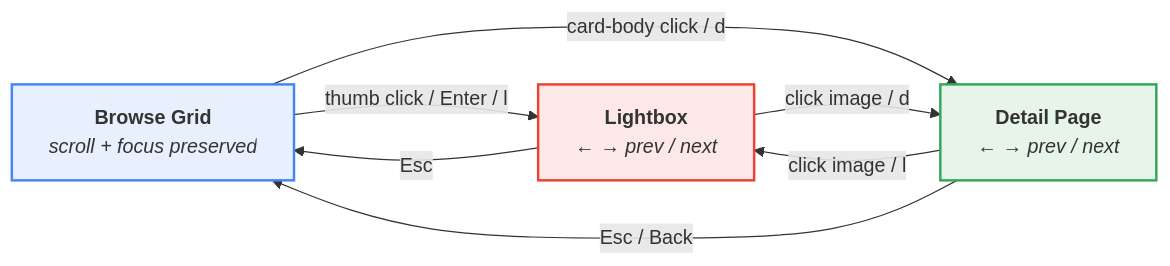
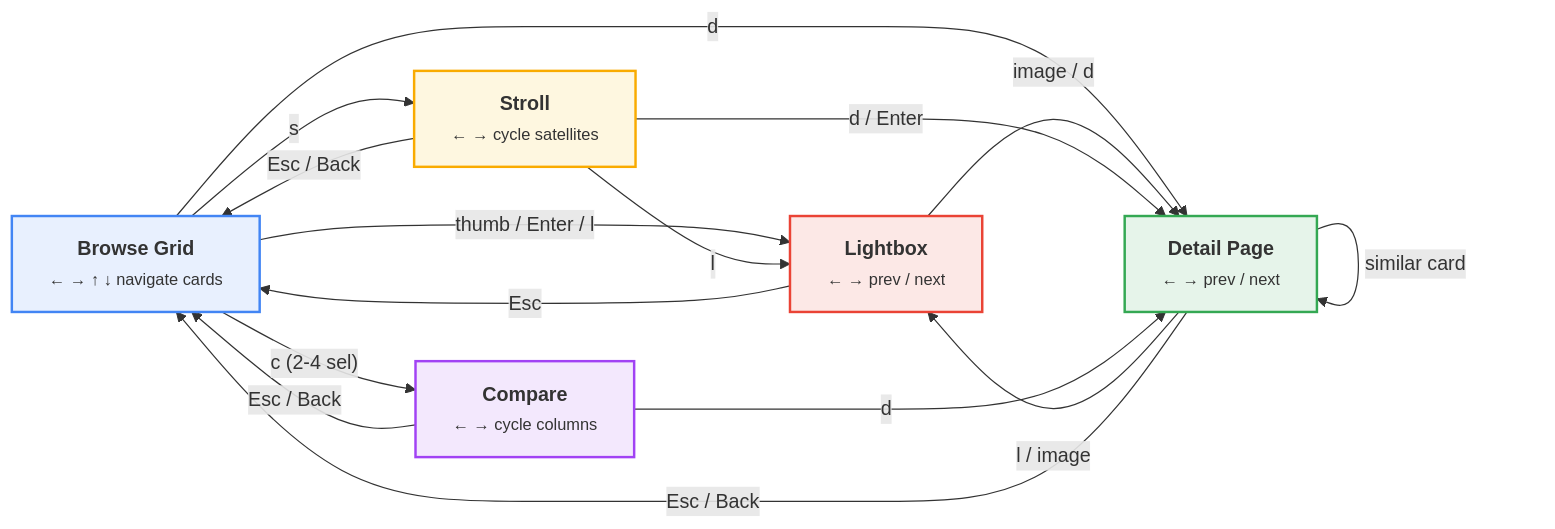
Before and after one commit to thoherr/simple-digital-asset-manager: the diagram in doc/manual/user-guide/06-web-ui.md, drawn with Mermaid. The commit also changed other lines of this file, not shown here.

Commit message:
Update navigation state diagram with stroll, compare, and shared lightbox

````diff
--- a/doc/manual/user-guide/06-web-ui.md
+++ b/doc/manual/user-guide/06-web-ui.md
@@ -211,17 +211,29 @@
 ```mermaid
 flowchart LR
-    B["<b>Browse Grid</b><br><i>scroll + focus preserved</i>"]
-    L["<b>Lightbox</b><br><i>← → prev / next</i>"]
-    D["<b>Detail Page</b><br><i>← → prev / next</i>"]
+    B["<b>Browse Grid</b><br/><small>← → ↑ ↓ navigate cards</small>"]
+    L["<b>Lightbox</b><br/><small>← → prev / next</small>"]
+    D["<b>Detail Page</b><br/><small>← → prev / next</small>"]
+    S["<b>Stroll</b><br/><small>← → cycle satellites</small>"]
+    C["<b>Compare</b><br/><small>← → cycle columns</small>"]
 
-    B -- "thumb click / Enter / l" --> L
+    B -- "thumb / Enter / l" --> L
     L -- "Esc" --> B
-    B -- "card-body click / d" --> D
-    D -- "click image / l" --> L
-    L -- "click image / d" --> D
+    B -- "d" --> D
+    L -- "image / d" --> D
+    D -- "l / image" --> L
     D -- "Esc / Back" --> B
+    D -- "similar card" --> D
+    B -- "s" --> S
+    S -- "l" --> L
+    S -- "d / Enter" --> D
+    S -- "Esc / Back" --> B
+    B -- "c (2-4 sel)" --> C
+    C -- "d" --> D
+    C -- "Esc / Back" --> B
 
     style B fill:#e8f0fe,stroke:#4285f4,stroke-width:2px
     style L fill:#fce8e6,stroke:#ea4335,stroke-width:2px
     style D fill:#e6f4ea,stroke:#34a853,stroke-width:2px
+    style S fill:#fef7e0,stroke:#f9ab00,stroke-width:2px
+    style C fill:#f3e8fd,stroke:#a142f4,stroke-width:2px
 ```
````
